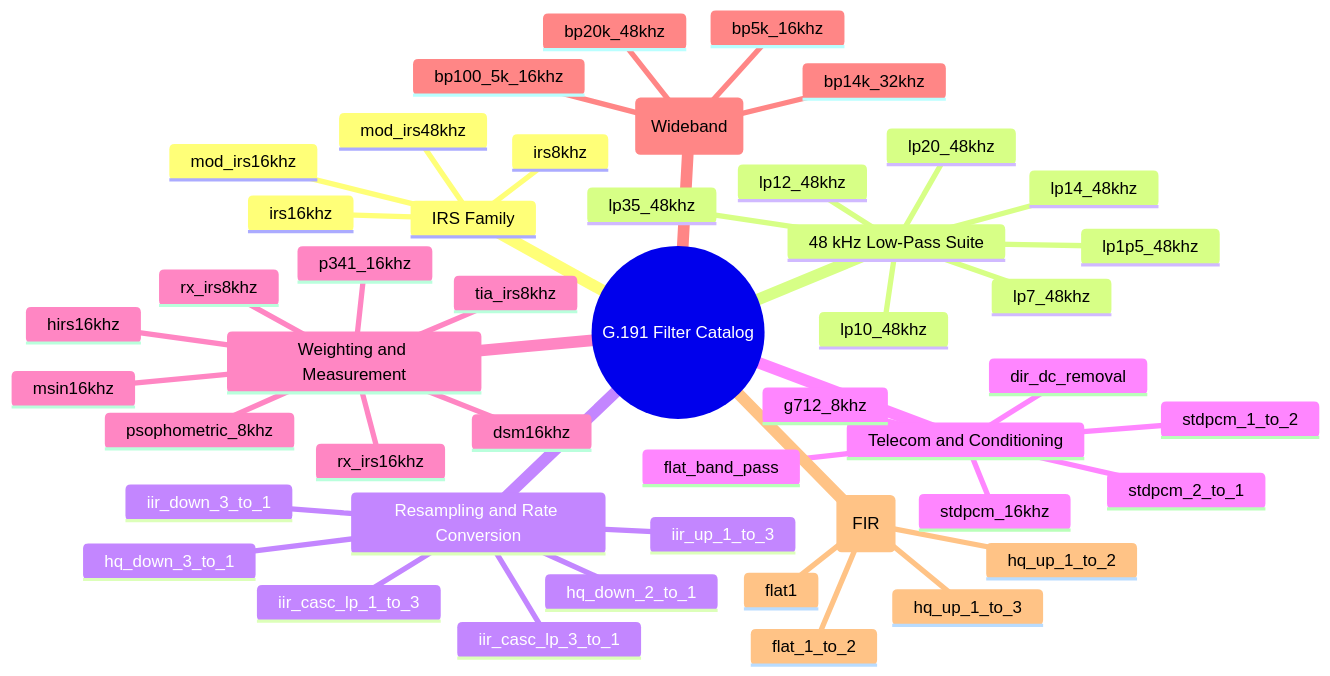
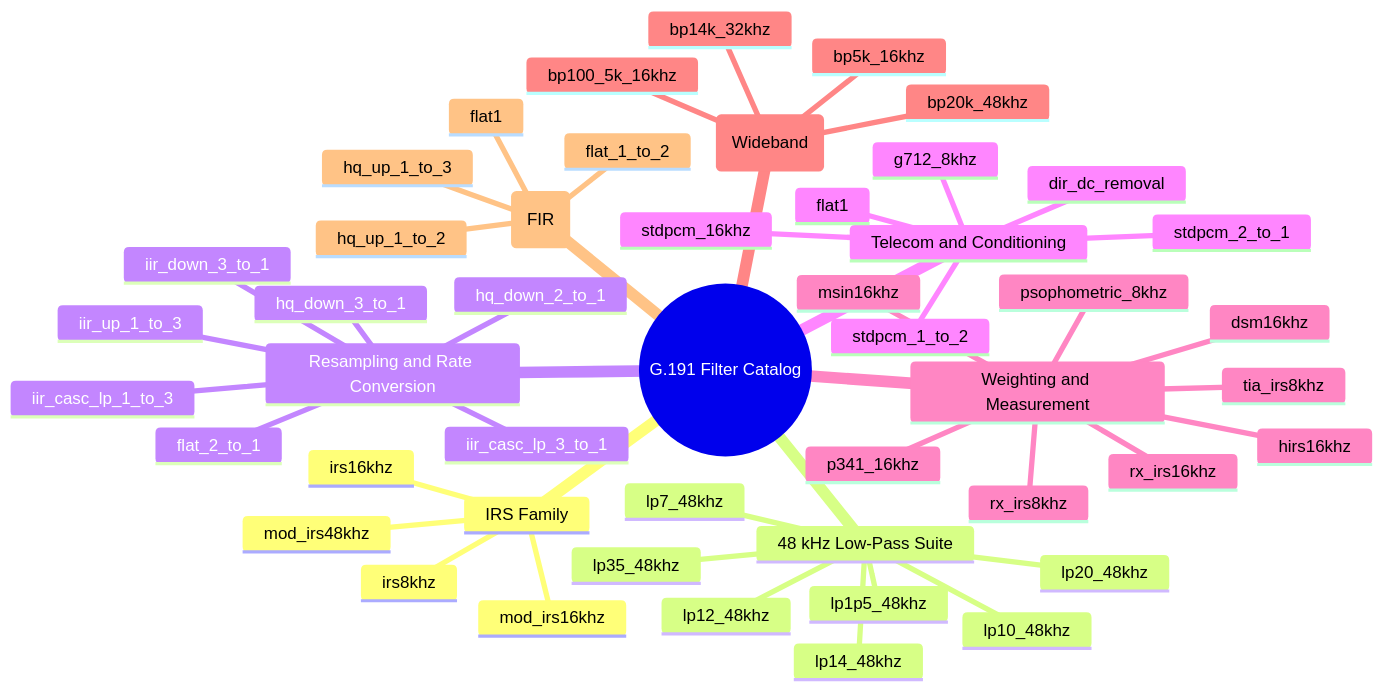
The diagram in docs/reference/filters.md (jr2804/g191-filter), drawn with Mermaid before and after one commit. The commit also changed other lines of this file and 15 other files, not shown here.

````diff
--- a/docs/reference/filters.md
+++ b/docs/reference/filters.md
@@ -12,50 +12,51 @@
 ```mermaid
 mindmap
   root((G.191 Filter Catalog))
     IRS Family
       irs8khz
       irs16khz
       mod_irs16khz
       mod_irs48khz
     48 kHz Low-Pass Suite
       lp1p5_48khz
       lp35_48khz
       lp7_48khz
       lp10_48khz
       lp12_48khz
       lp14_48khz
       lp20_48khz
     Resampling and Rate Conversion
       hq_down_2_to_1
       hq_down_3_to_1
+      flat_2_to_1
       iir_down_3_to_1
       iir_up_1_to_3
       iir_casc_lp_3_to_1
       iir_casc_lp_1_to_3
     Telecom and Conditioning
-      flat_band_pass
+      flat1
       g712_8khz
       dir_dc_removal
       stdpcm_16khz
       stdpcm_2_to_1
       stdpcm_1_to_2
     Weighting and Measurement
       msin16khz
       psophometric_8khz
       dsm16khz
       hirs16khz
       tia_irs8khz
       rx_irs8khz
       rx_irs16khz
       p341_16khz
     Band-Pass (Wideband)
       bp5k_16khz
       bp100_5k_16khz
       bp14k_32khz
       bp20k_48khz
     Upsampling (FIR)
       hq_up_1_to_2
       hq_up_1_to_3
       flat_1_to_2
       flat1
 ```
````
